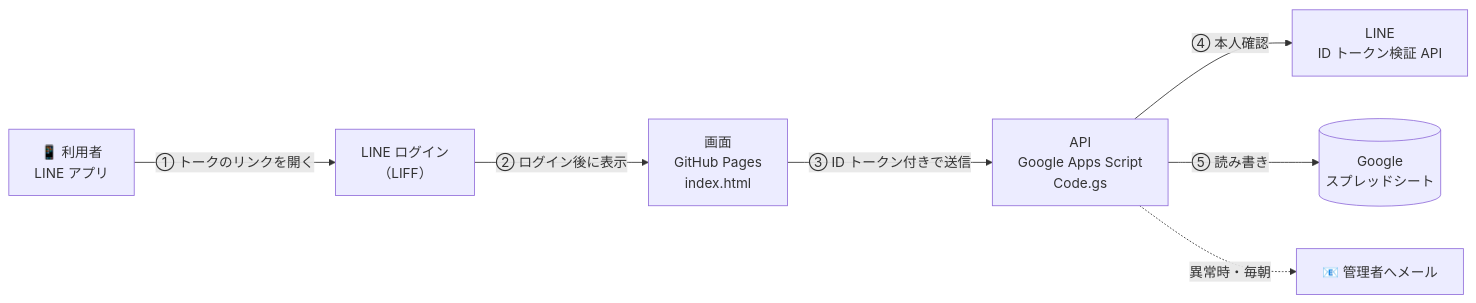
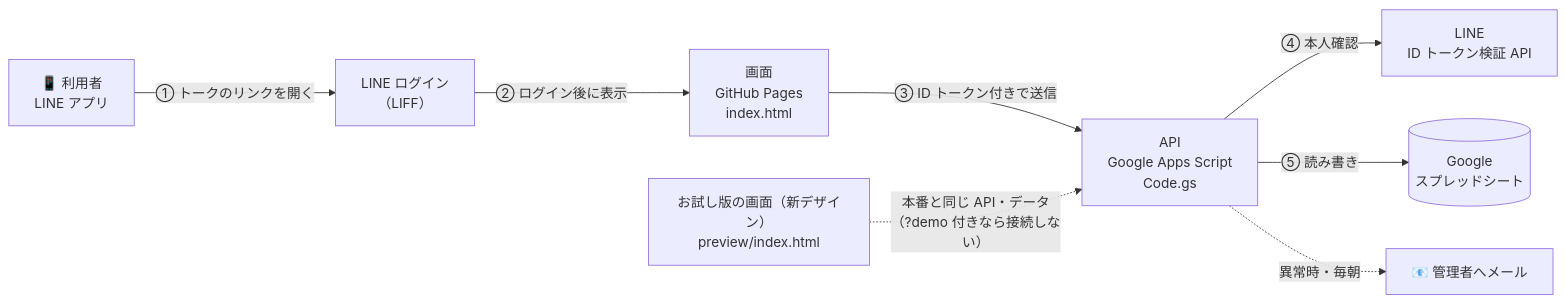
One commit to Kkenjis/pug-tennis changed the first of 8 diagrams in docs/ARCHITECTURE.md. Above: the diagram before and after it, drawn with Mermaid. The commit also changed other lines of this file and 1 other file, not shown here.

````diff
--- a/docs/ARCHITECTURE.md
+++ b/docs/ARCHITECTURE.md
@@ -20,9 +21,10 @@
 ```mermaid
 flowchart LR
   U["📱 利用者<br/>LINE アプリ"] -->|"① トークのリンクを開く"| L["LINE ログイン<br/>（LIFF）"]
   L -->|"② ログイン後に表示"| P["画面<br/>GitHub Pages<br/>index.html"]
   P -->|"③ ID トークン付きで送信"| G["API<br/>Google Apps Script<br/>Code.gs"]
+  Q["お試し版の画面（新デザイン）<br/>preview/index.html"] -.->|"本番と同じ API・データ<br/>（?demo 付きなら接続しない）"| G
   G -->|"④ 本人確認"| V["LINE<br/>ID トークン検証 API"]
   G -->|"⑤ 読み書き"| S[("Google<br/>スプレッドシート")]
   G -.->|"異常時・毎朝"| M["📧 管理者へメール"]
 ```
````
